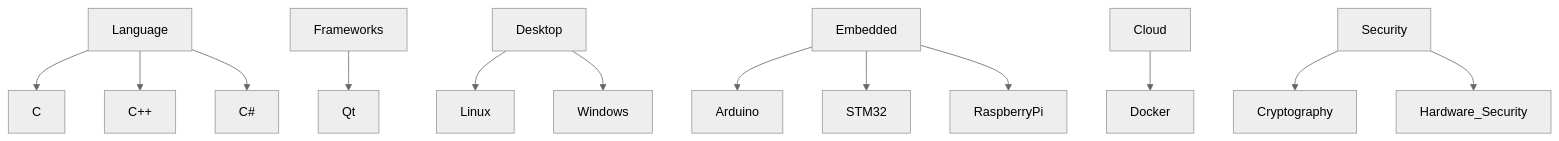
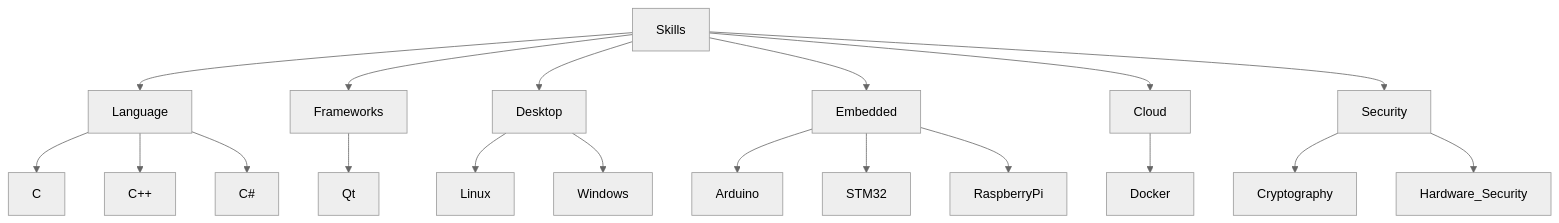
The diagram in README.md (0x600/0x600), drawn with Mermaid (neutral theme) before and after one commit.

Commit message:
20220317_1006

````diff
--- a/README.md
+++ b/README.md
@@ -5,16 +5,27 @@
 ```mermaid
 flowchart TB
+  Skills-->Language;
+  Skills-->Frameworks;
+  Skills-->Desktop;
+  Skills-->Embedded;
+  Skills-->Cloud;
+  Skills-->Security;
+  
   Language-->C;
   Language-->C++;
   Language-->C#;
+  
   Frameworks-->Qt;
   
   Desktop-->Linux;
   Desktop-->Windows;
+  
   Embedded-->Arduino;
   Embedded-->STM32;
   Embedded-->RaspberryPi;
+  
   Cloud-->Docker;
+  
   Security-->Cryptography;
   Security-->Hardware_Security;
 ```
````
